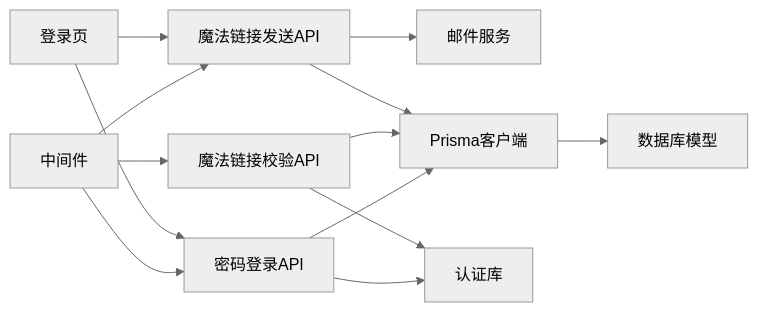
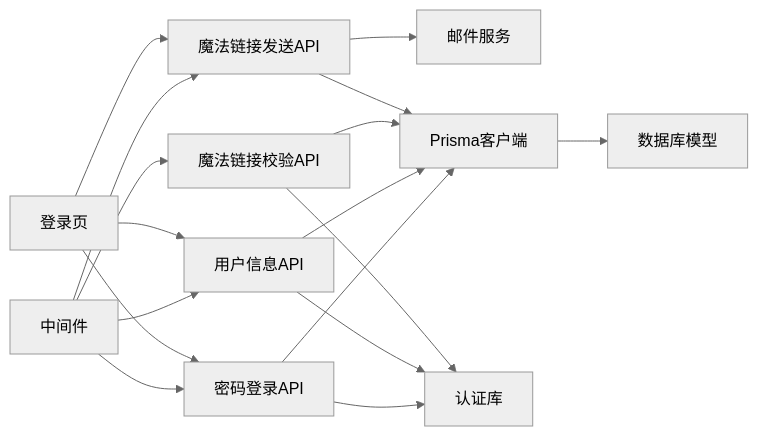
The seventh of 10 diagrams in .qoder/repowiki/zh/content/用户认证系统/登录页面调试功能.md (kangkang919/xinya), drawn with Mermaid (neutral theme) before and after one commit. The commit also changed other lines of this file and 37 other files, not shown here.

````diff
--- a/.qoder/repowiki/zh/content/用户认证系统/登录页面调试功能.md
+++ b/.qoder/repowiki/zh/content/用户认证系统/登录页面调试功能.md
@@ -360,15 +405,19 @@
 ```mermaid
 graph LR
 Login["登录页"] --> LoginAPI["密码登录API"]
 Login --> MagicSend["魔法链接发送API"]
+Login --> MeAPI["用户信息API"]
 MagicSend --> Mailer["邮件服务"]
 MagicSend --> Prisma["Prisma客户端"]
 MagicVerify["魔法链接校验API"] --> AuthLib["认证库"]
 MagicVerify --> Prisma
+MeAPI --> AuthLib
+MeAPI --> Prisma
 LoginAPI --> AuthLib
 LoginAPI --> Prisma
 Middleware["中间件"] --> LoginAPI
 Middleware --> MagicSend
 Middleware --> MagicVerify
+Middleware --> MeAPI
 Prisma --> Schema["数据库模型"]
 ```
````
